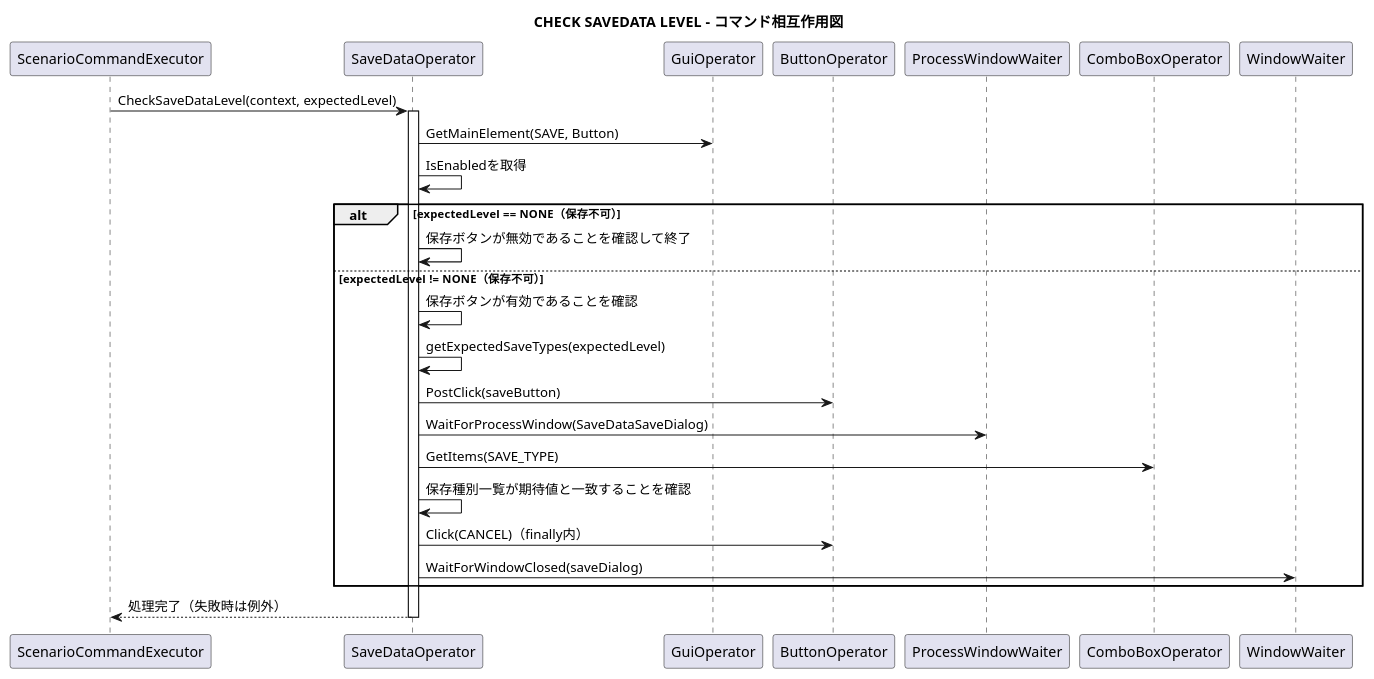
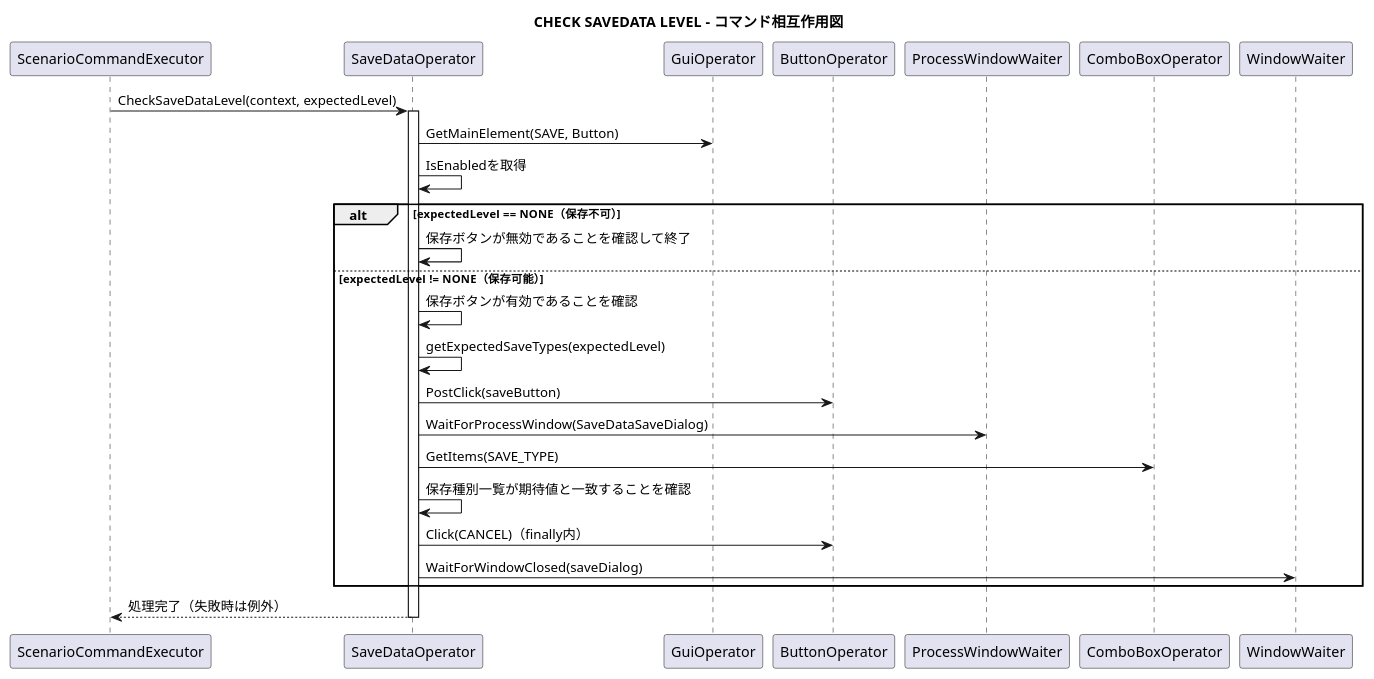
The diagram in Document/ScenarioRunner/Diagram/CommandInteraction/SaveData/CheckSaveDataLevel.wsd (Staraptor0398/ShikigamiStatusCalculator), drawn with PlantUML before and after one commit. The commit also changed 7 other files, not shown here.

Commit message:
Fix Scenario Runner interaction diagrams to match implementation

```diff
--- a/Document/ScenarioRunner/Diagram/CommandInteraction/SaveData/CheckSaveDataLevel.wsd
+++ b/Document/ScenarioRunner/Diagram/CommandInteraction/SaveData/CheckSaveDataLevel.wsd
@@ -1,32 +1,32 @@
 @startuml
 title CHECK SAVEDATA LEVEL - コマンド相互作用図
 skinparam responseMessageBelowArrow true
 ' Source: ScenarioRunner.Engine/Execution/ScenarioCommandExecutor.cs
 ' Source: ScenarioRunner.Engine/Automation/Operator/Feature/SaveDataOperator.cs
 participant "ScenarioCommandExecutor" as EX
 participant "SaveDataOperator" as O
 participant "GuiOperator" as GO
 participant "ButtonOperator" as BO
 participant "ProcessWindowWaiter" as PW
 participant "ComboBoxOperator" as CO
 participant "WindowWaiter" as WW
 
 EX -> O : CheckSaveDataLevel(context, expectedLevel)
 activate O
 O -> GO : GetMainElement(SAVE, Button)
 O -> O : IsEnabledを取得
 alt expectedLevel == NONE（保存不可）
 O -> O : 保存ボタンが無効であることを確認して終了
-else expectedLevel != NONE（保存不可）
+else expectedLevel != NONE（保存可能）
 O -> O : 保存ボタンが有効であることを確認
 O -> O : getExpectedSaveTypes(expectedLevel)
 O -> BO : PostClick(saveButton)
 O -> PW : WaitForProcessWindow(SaveDataSaveDialog)
 O -> CO : GetItems(SAVE_TYPE)
 O -> O : 保存種別一覧が期待値と一致することを確認
 O -> BO : Click(CANCEL)（finally内）
 O -> WW : WaitForWindowClosed(saveDialog)
 end
 O --> EX : 処理完了（失敗時は例外）
 deactivate O
 @enduml
```
